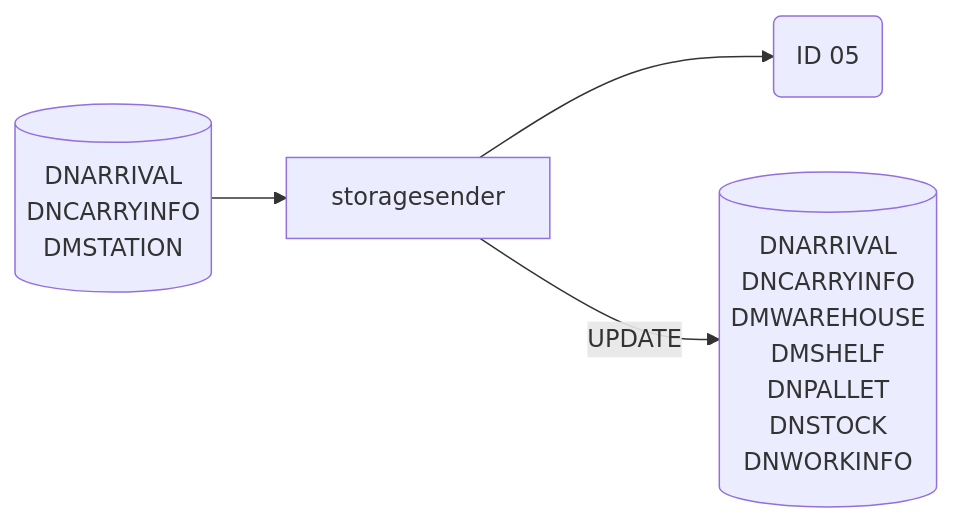
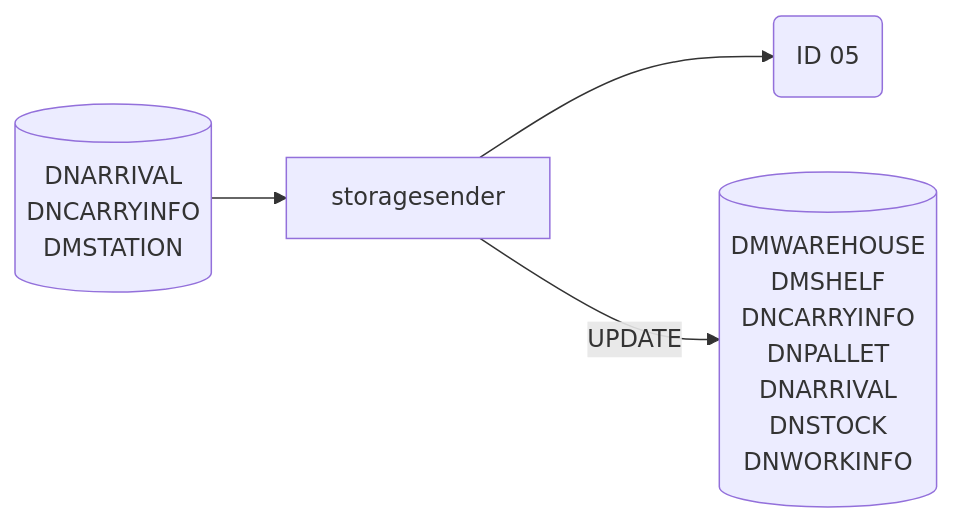
Before and after one commit to luthfiadityaa/SimeDarby-Wiki: the fourth of 11 diagrams in Basic-Design/DFD-WMS/Storage/Planned-Storage-Packaging-Material.md, drawn with Mermaid. The commit also changed other lines of this file, not shown here.

```diff
--- a/Basic-Design/DFD-WMS/Storage/Planned-Storage-Packaging-Material.md
+++ b/Basic-Design/DFD-WMS/Storage/Planned-Storage-Packaging-Material.md
@@ -350,24 +281,24 @@
 ::: mermaid
 flowchart LR
 storagesender-update[("
-DNARRIVAL
-DNCARRYINFO
 DMWAREHOUSE
 DMSHELF
+DNCARRYINFO
 DNPALLET
+DNARRIVAL
 DNSTOCK
 DNWORKINFO
 ")]
 storagesender-input[("
 DNARRIVAL
 DNCARRYINFO
 DMSTATION
 ")]
 
 id05msg("
 ID 05
 ")
 
 storagesender-input-->storagesender-->id05msg
 storagesender--> |UPDATE| storagesender-update
 :::
```
